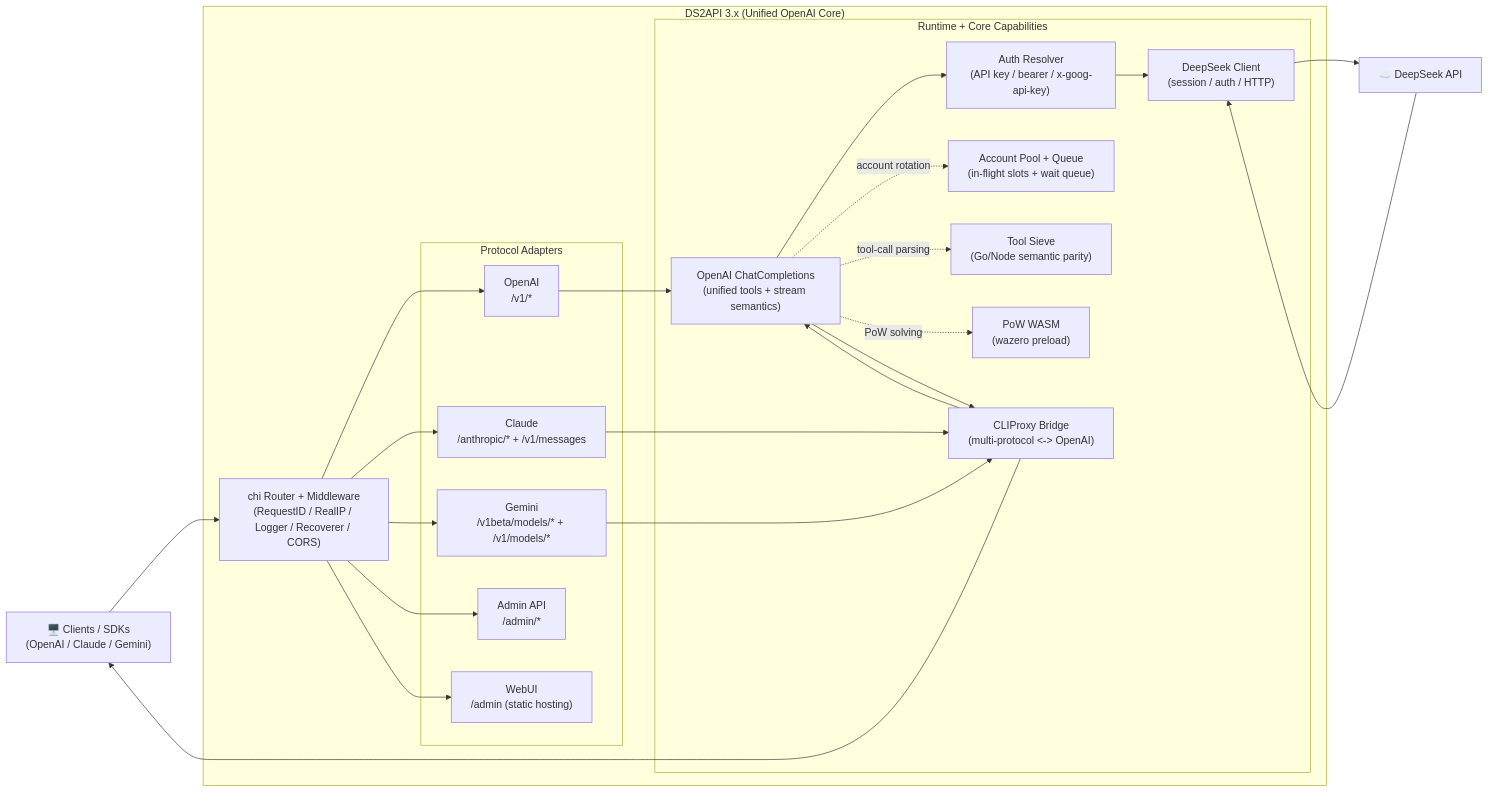
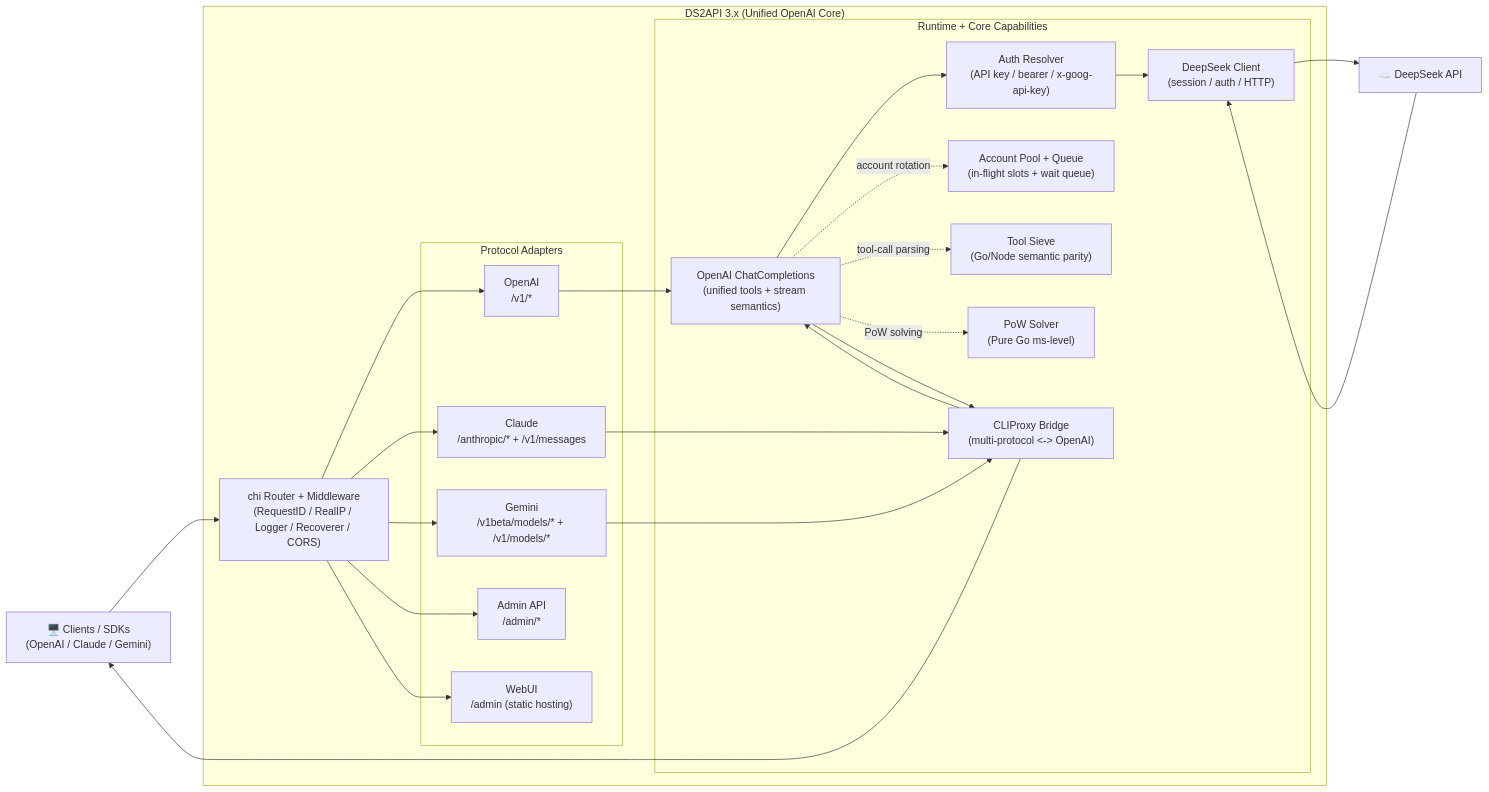
One commit to 1cyberlangke1/dsp changed the diagram in README.en.md. Above: the diagram before and after it, drawn with Mermaid. The commit also changed other lines of this file and 10 other files, not shown here.

````diff
--- a/README.en.md
+++ b/README.en.md
@@ -29,45 +29,45 @@
 ```mermaid
 flowchart LR
     Client["🖥️ Clients / SDKs\n(OpenAI / Claude / Gemini)"]
     Upstream["☁️ DeepSeek API"]
 
     subgraph DS2API["DS2API 3.x (Unified OpenAI Core)"]
         Router["chi Router + Middleware\n(RequestID / RealIP / Logger / Recoverer / CORS)"]
 
         subgraph Adapters["Protocol Adapters"]
             OA["OpenAI\n/v1/*"]
             CA["Claude\n/anthropic/* + /v1/messages"]
             GA["Gemini\n/v1beta/models/* + /v1/models/*"]
             Admin["Admin API\n/admin/*"]
             WebUI["WebUI\n/admin (static hosting)"]
         end
 
         subgraph Runtime["Runtime + Core Capabilities"]
             Bridge["CLIProxy Bridge\n(multi-protocol <-> OpenAI)"]
             OAEngine["OpenAI ChatCompletions\n(unified tools + stream semantics)"]
             Auth["Auth Resolver\n(API key / bearer / x-goog-api-key)"]
             Pool["Account Pool + Queue\n(in-flight slots + wait queue)"]
             DSClient["DeepSeek Client\n(session / auth / HTTP)"]
-            Pow["PoW WASM\n(wazero preload)"]
+            Pow["PoW Solver\n(Pure Go ms-level)"]
             Tool["Tool Sieve\n(Go/Node semantic parity)"]
         end
     end
 
     Client --> Router
     Router --> OA & CA & GA
     Router --> Admin
     Router --> WebUI
 
     OA --> OAEngine
     CA & GA --> Bridge
     Bridge --> OAEngine
     OAEngine --> Auth
     OAEngine -.account rotation.-> Pool
     OAEngine -.tool-call parsing.-> Tool
     OAEngine -.PoW solving.-> Pow
     Auth --> DSClient
     DSClient --> Upstream
     Upstream --> DSClient
     OAEngine --> Bridge
     Bridge --> Client
 ```
````
